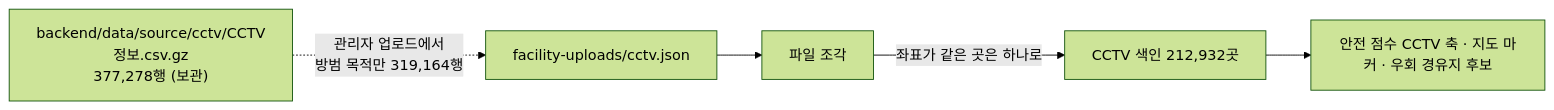
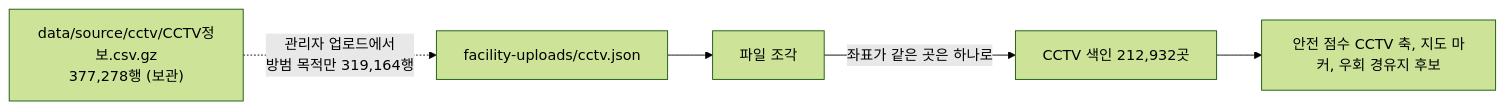
The diagram in docs/safety-spots/cctv.md (soo-ai-agent/bueongi-backend), drawn with Mermaid (forest theme) before and after one commit. The commit also changed other lines of this file and 8 other files, not shown here.

````diff
--- a/docs/safety-spots/cctv.md
+++ b/docs/safety-spots/cctv.md
@@ -13,7 +14,7 @@
 ```mermaid
 flowchart LR
-    CSV["backend/data/source/cctv/CCTV정보.csv.gz<br/>377,278행 (보관)"] -.->|"관리자 업로드에서<br/>방범 목적만 319,164행"| UP
+    CSV["data/source/cctv/CCTV정보.csv.gz<br/>377,278행 (보관)"] -.->|"관리자 업로드에서<br/>방범 목적만 319,164행"| UP
     UP["facility-uploads/cctv.json"] --> FILE["파일 조각"]
     FILE -->|"좌표가 같은 곳은 하나로"| IDX["CCTV 색인 212,932곳"]
-    IDX --> USE["안전 점수 CCTV 축 · 지도 마커 · 우회 경유지 후보"]
+    IDX --> USE["안전 점수 CCTV 축, 지도 마커, 우회 경유지 후보"]
 ```
````
